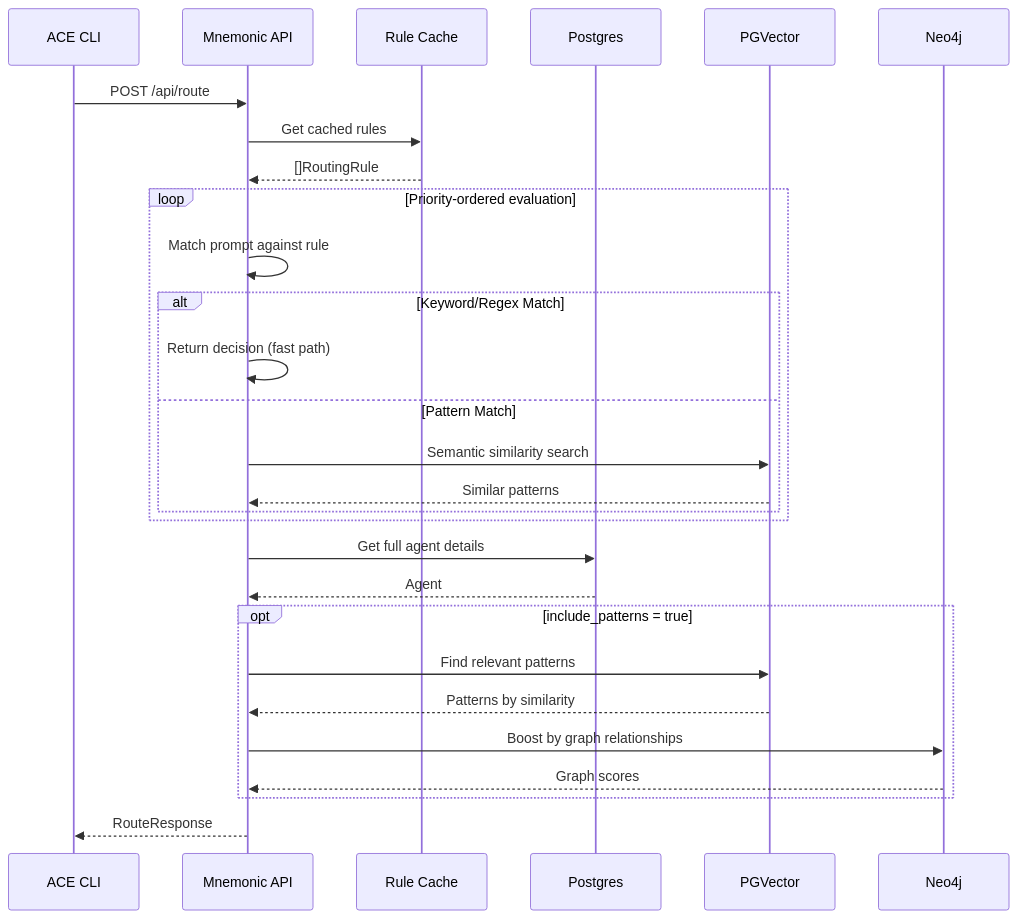
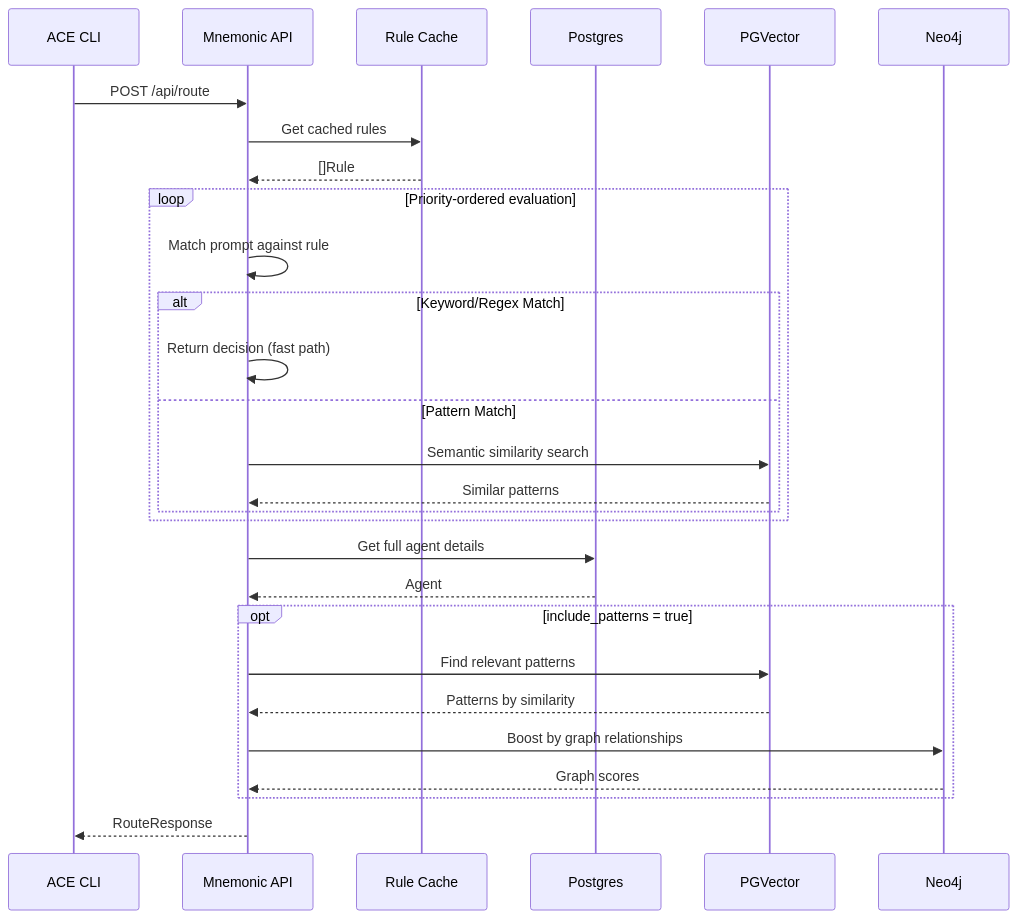
The eighth of 11 diagrams in docs/architecture/08-data-architecture.md (twistingmercury/mnemonic-mcp), drawn with Mermaid before and after one commit. The commit also changed 33 other files, not shown here.

````diff
--- a/docs/architecture/08-data-architecture.md
+++ b/docs/architecture/08-data-architecture.md
@@ -696,35 +696,35 @@
 ```mermaid
 sequenceDiagram
     participant CLI as ACE CLI
     participant API as Mnemonic API
     participant CACHE as Rule Cache
     participant PG as Postgres
     participant PGV as PGVector
     participant NEO as Neo4j
 
     CLI->>API: POST /api/route
     API->>CACHE: Get cached rules
-    CACHE-->>API: []RoutingRule
+    CACHE-->>API: []Rule
 
     loop Priority-ordered evaluation
         API->>API: Match prompt against rule
         alt Keyword/Regex Match
             API->>API: Return decision (fast path)
         else Pattern Match
             API->>PGV: Semantic similarity search
             PGV-->>API: Similar patterns
         end
     end
 
     API->>PG: Get full agent details
     PG-->>API: Agent
 
     opt include_patterns = true
         API->>PGV: Find relevant patterns
         PGV-->>API: Patterns by similarity
         API->>NEO: Boost by graph relationships
         NEO-->>API: Graph scores
     end
 
     API-->>CLI: RouteResponse
 ```
````
